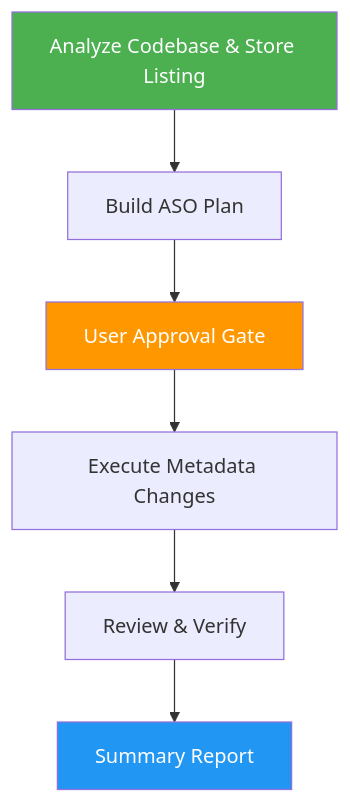
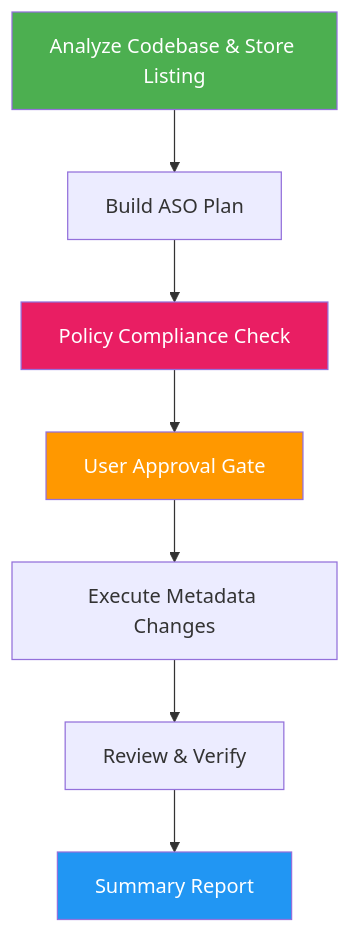
One commit to luongnv89/skills changed the diagram in skills/aso-marketing/README.md. Above: the diagram before and after it, drawn with Mermaid. The commit also changed other lines of this file and 5 other files, not shown here.

First line of the commit message:
feat(aso-marketing): add store policy compliance checking for App Store and Google Play

````diff
--- a/skills/aso-marketing/README.md
+++ b/skills/aso-marketing/README.md
@@ -25,11 +27,13 @@
 ```mermaid
 graph TD
     A["Analyze Codebase & Store Listing"] --> B["Build ASO Plan"]
-    B --> C["User Approval Gate"]
-    C --> D["Execute Metadata Changes"]
-    D --> E["Review & Verify"]
-    E --> F["Summary Report"]
+    B --> C["Policy Compliance Check"]
+    C --> D["User Approval Gate"]
+    D --> E["Execute Metadata Changes"]
+    E --> F["Review & Verify"]
+    F --> G["Summary Report"]
     style A fill:#4CAF50,color:#fff
-    style C fill:#FF9800,color:#fff
-    style F fill:#2196F3,color:#fff
+    style C fill:#E91E63,color:#fff
+    style D fill:#FF9800,color:#fff
+    style G fill:#2196F3,color:#fff
 ```
````
